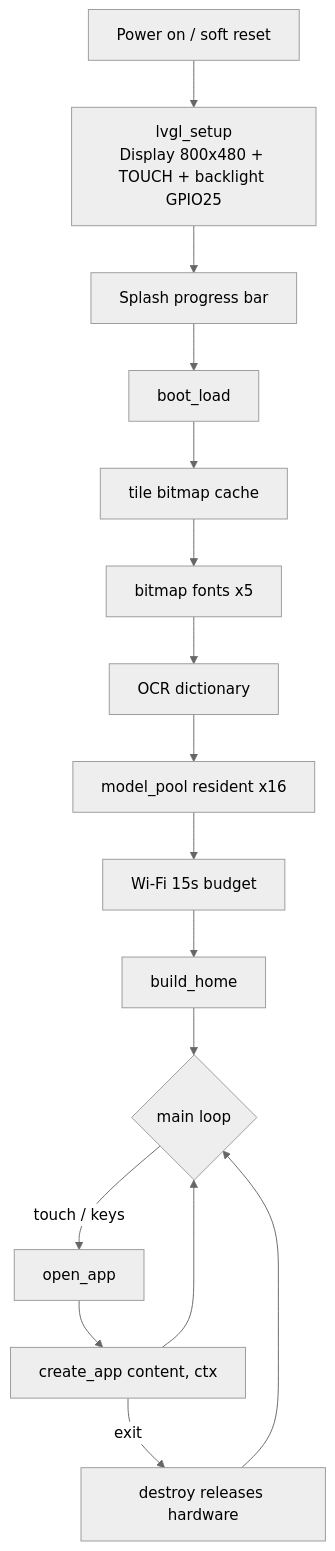
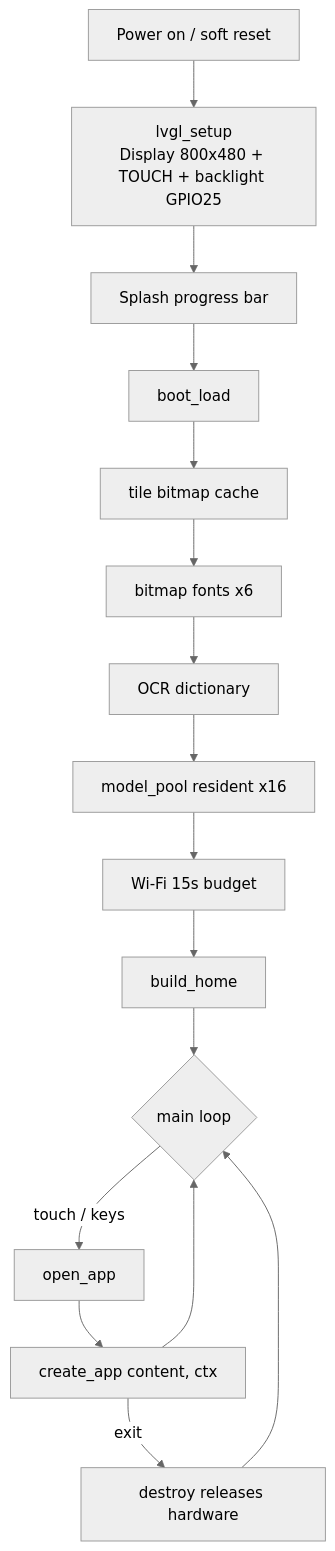
The diagram in README.md (RockBase-lab/RockBase-K230-Vision-GUI), drawn with Mermaid (neutral theme) before and after one commit. The commit also changed other lines of this file and 8 other files, not shown here.

````diff
--- a/README.md
+++ b/README.md
@@ -304,18 +301,18 @@
 ```mermaid
 flowchart TD
     A[Power on / soft reset] --> B[lvgl_setup<br/>Display 800x480 + TOUCH + backlight GPIO25]
     B --> C[Splash progress bar]
     C --> D[boot_load]
     D --> E[tile bitmap cache]
-    E --> F[bitmap fonts x5]
+    E --> F[bitmap fonts x6]
     F --> G[OCR dictionary]
     G --> H[model_pool resident x16]
     H --> I[Wi-Fi 15s budget]
     I --> J[build_home]
     J --> K{main loop}
     K -->|touch / keys| L[open_app]
     L --> M[create_app content, ctx]
     M --> K
     M -->|exit| N[destroy releases hardware]
     N --> K
 ```
````
